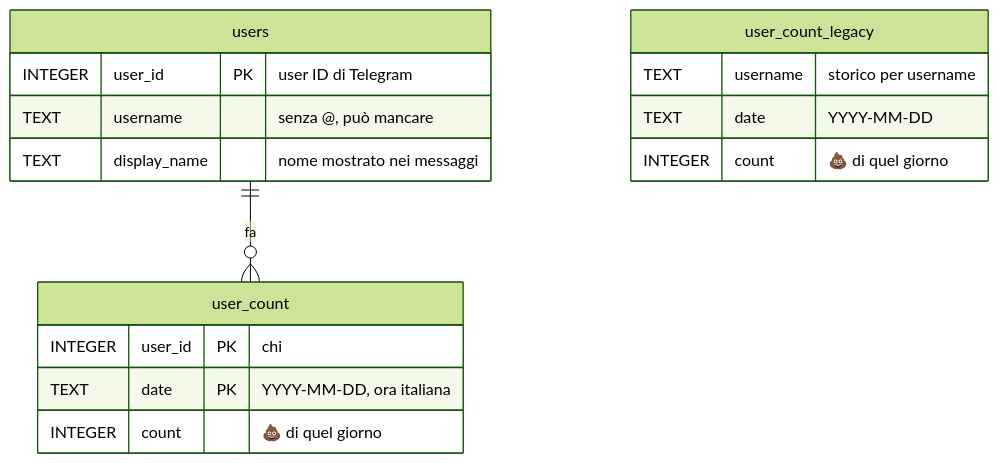
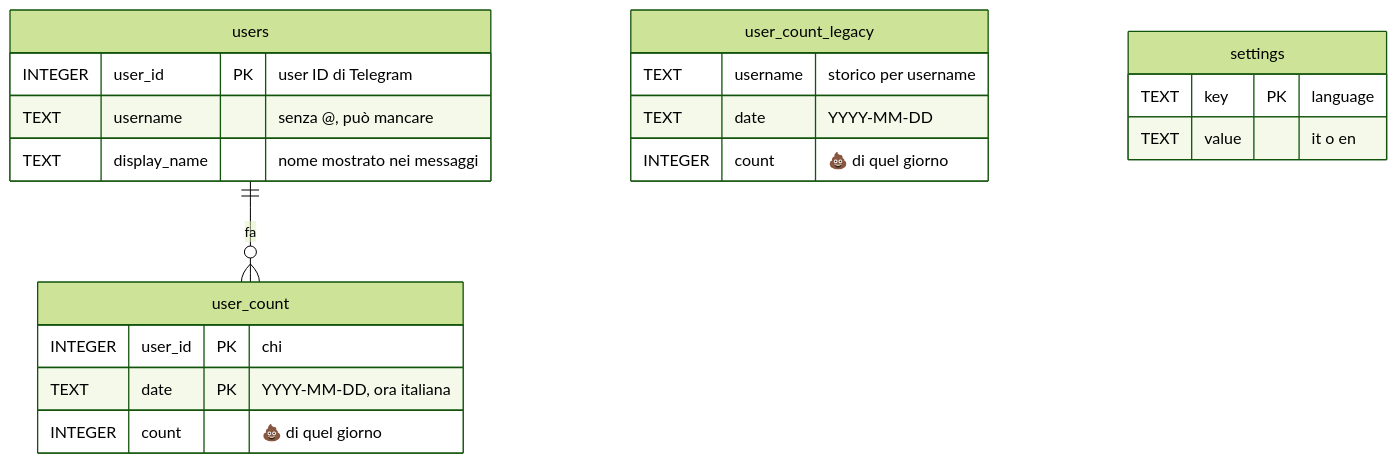
One commit to francescoperrino/Caccometro changed the second of 4 diagrams in README.md. Above: the diagram before and after it, drawn with Mermaid (forest theme). The commit also changed other lines of this file and 7 other files, not shown here.

````diff
--- a/README.md
+++ b/README.md
@@ -216,19 +220,23 @@
 ```mermaid
 erDiagram
     users ||--o{ user_count : "fa"
     users {
         INTEGER user_id PK "user ID di Telegram"
         TEXT username "senza @, può mancare"
         TEXT display_name "nome mostrato nei messaggi"
     }
     user_count {
         INTEGER user_id PK "chi"
         TEXT date PK "YYYY-MM-DD, ora italiana"
         INTEGER count "💩 di quel giorno"
     }
     user_count_legacy {
         TEXT username "storico per username"
         TEXT date "YYYY-MM-DD"
         INTEGER count "💩 di quel giorno"
     }
+    settings {
+        TEXT key PK "language"
+        TEXT value "it o en"
+    }
 ```
````
